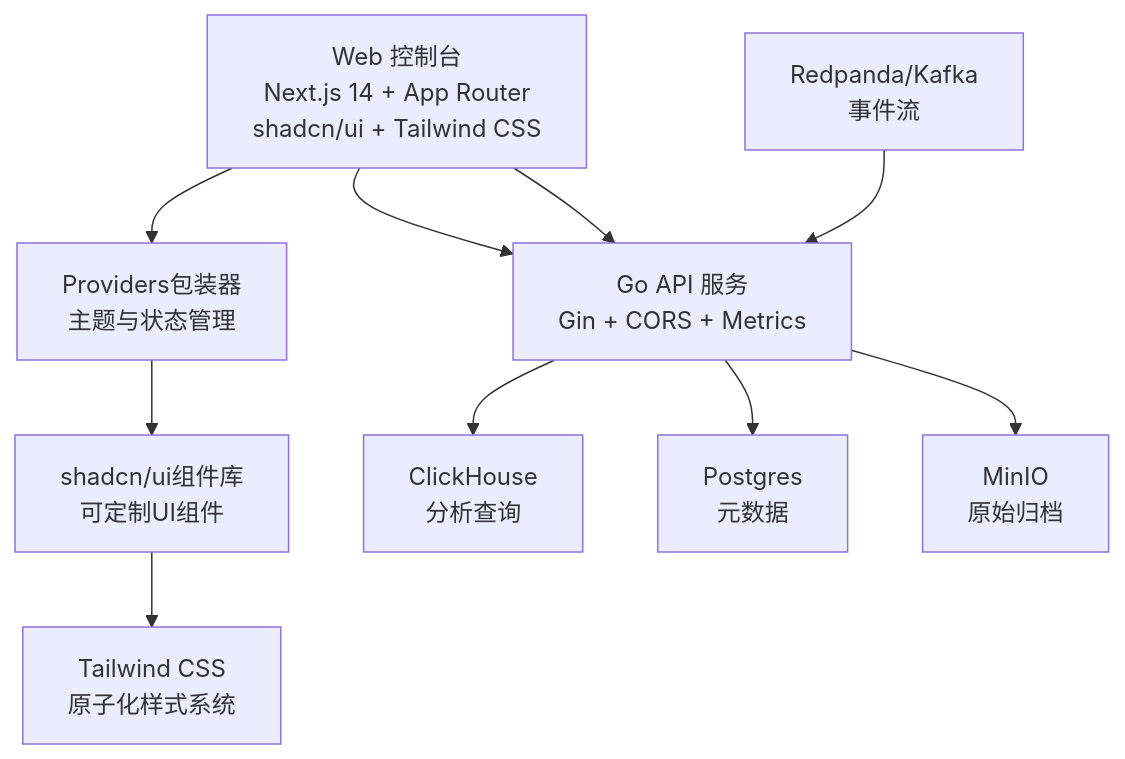
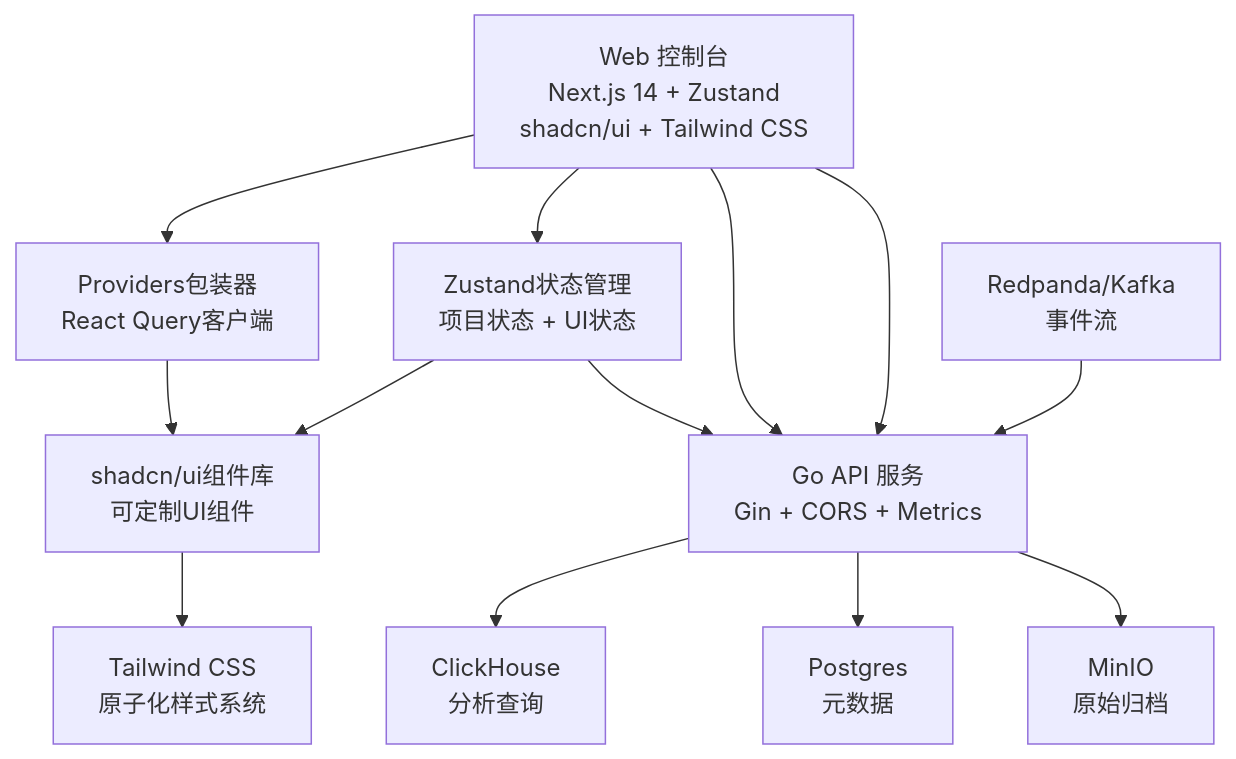
Before and after one commit to zhen-zhong/AeroLog: the third of 11 diagrams in .qoder/repowiki/zh/content/Web控制台/Web控制台.md, drawn with Mermaid. The commit also changed other lines of this file and 72 other files, not shown here.

````diff
--- a/.qoder/repowiki/zh/content/Web控制台/Web控制台.md
+++ b/.qoder/repowiki/zh/content/Web控制台/Web控制台.md
@@ -204,21 +248,25 @@
 ```mermaid
 graph TB
-FE["Web 控制台<br/>Next.js 14 + App Router<br/>shadcn/ui + Tailwind CSS"]
-PROV["Providers包装器<br/>主题与状态管理"]
+FE["Web 控制台<br/>Next.js 14 + Zustand<br/>shadcn/ui + Tailwind CSS"]
+PROV["Providers包装器<br/>React Query客户端"]
 UI["shadcn/ui组件库<br/>可定制UI组件"]
 STYLE["Tailwind CSS<br/>原子化样式系统"]
+STORE["Zustand状态管理<br/>项目状态 + UI状态"]
 API["Go API 服务<br/>Gin + CORS + Metrics"]
 CH["ClickHouse<br/>分析查询"]
 PG["Postgres<br/>元数据"]
 MQ["Redpanda/Kafka<br/>事件流"]
 MINIO["MinIO<br/>原始归档"]
 FE --> PROV
 PROV --> UI
 UI --> STYLE
+FE --> STORE
+STORE --> UI
+STORE --> API
 FE --> API
 API --> CH
 API --> PG
 FE --> API
 MQ --> API
 API --> MINIO
 ```
````
